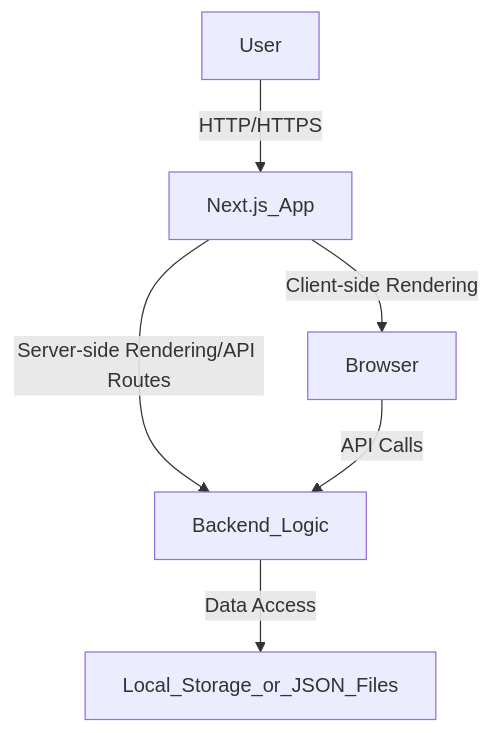
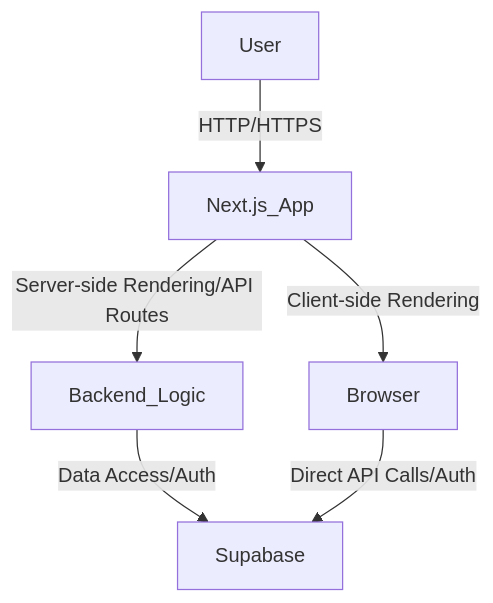
One commit to shikiuku/student-budget-native changed the diagram in technical_architecture.md. Above: the diagram before and after it, drawn with Mermaid. The commit also changed other lines of this file and 1 other file, not shown here.

First line of the commit message:
Docs: Update architecture and checklist for Supabase integration

````diff
--- a/technical_architecture.md
+++ b/technical_architecture.md
@@ -9,8 +9,8 @@
 ```mermaid
 graph TD
     User -->|HTTP/HTTPS| Next.js_App
     Next.js_App -->|Client-side Rendering| Browser
     Next.js_App -->|Server-side Rendering/API Routes| Backend_Logic
-    Backend_Logic -->|Data Access| Local_Storage_or_JSON_Files
-    Browser -->|API Calls| Backend_Logic
+    Backend_Logic -->|Data Access/Auth| Supabase
+    Browser -->|Direct API Calls/Auth| Supabase
 ```
````
